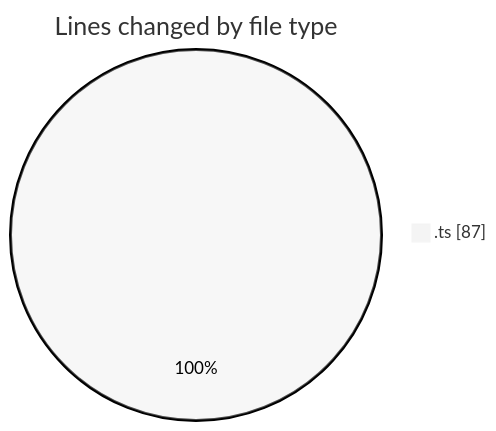
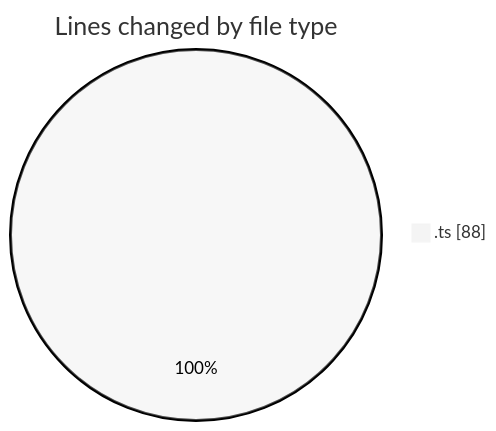
Before and after one commit to igalym/code-tracking: the first of 2 diagrams in 2026-03-30/cinema/README.md, drawn with Mermaid (neutral theme). The commit also changed other lines of this file and 1 other file, not shown here.

````diff
--- a/2026-03-30/cinema/README.md
+++ b/2026-03-30/cinema/README.md
@@ -23,5 +23,5 @@
 ```mermaid
 pie showData
 title Lines changed by file type
-".ts" : 87
+".ts" : 88
 ```
````
